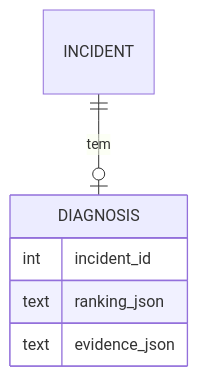
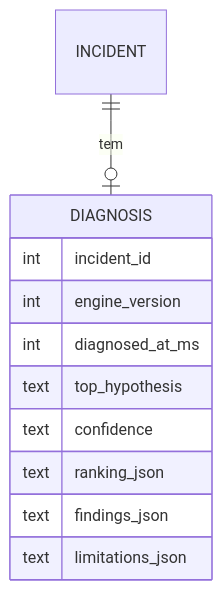
One commit to oGabrielSilva/caixa-preta-pc-monitor changed the third of 3 diagrams in docs/architecture/data-model.md. Above: the diagram before and after it, drawn with Mermaid. The commit also changed other lines of this file and 13 other files, not shown here.

````diff
--- a/docs/architecture/data-model.md
+++ b/docs/architecture/data-model.md
@@ -36,5 +36,5 @@
 ```mermaid
 erDiagram
     INCIDENT ||--o| DIAGNOSIS : tem
-    DIAGNOSIS { int incident_id  text ranking_json  text evidence_json }
+    DIAGNOSIS { int incident_id  int engine_version  int diagnosed_at_ms  text top_hypothesis  text confidence  text ranking_json  text findings_json  text limitations_json }
 ```
````
